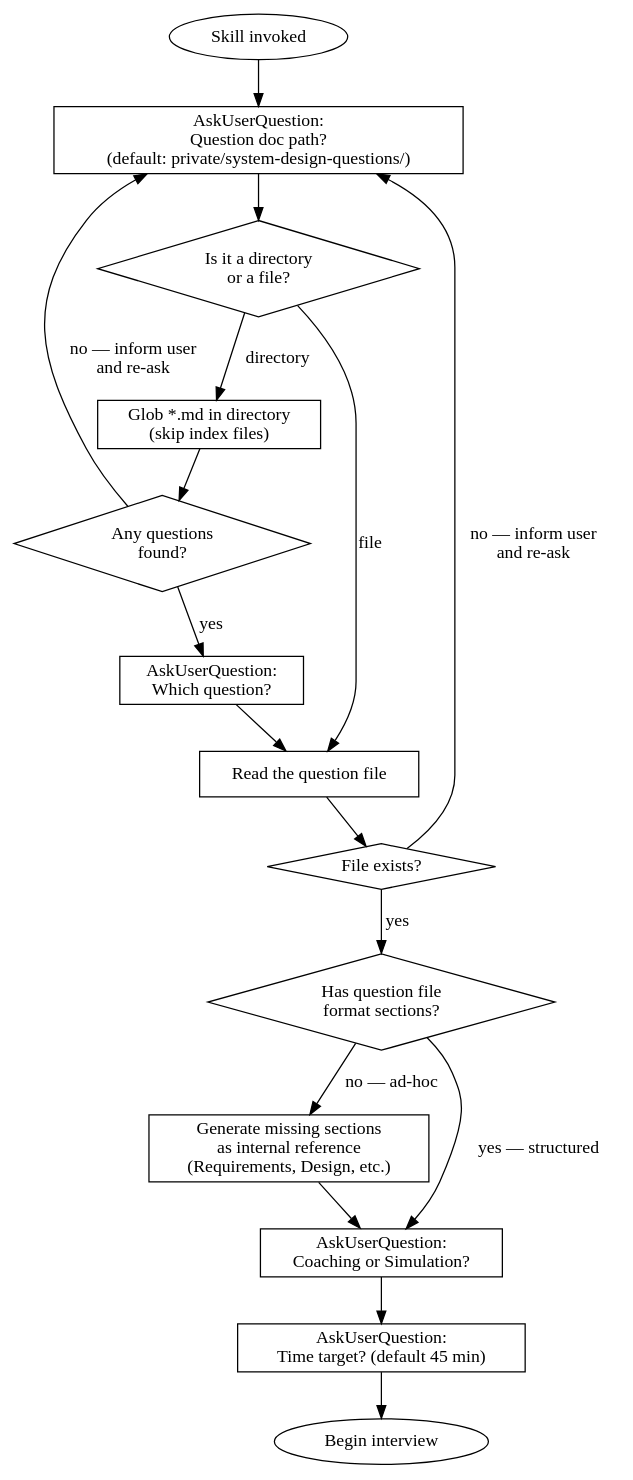
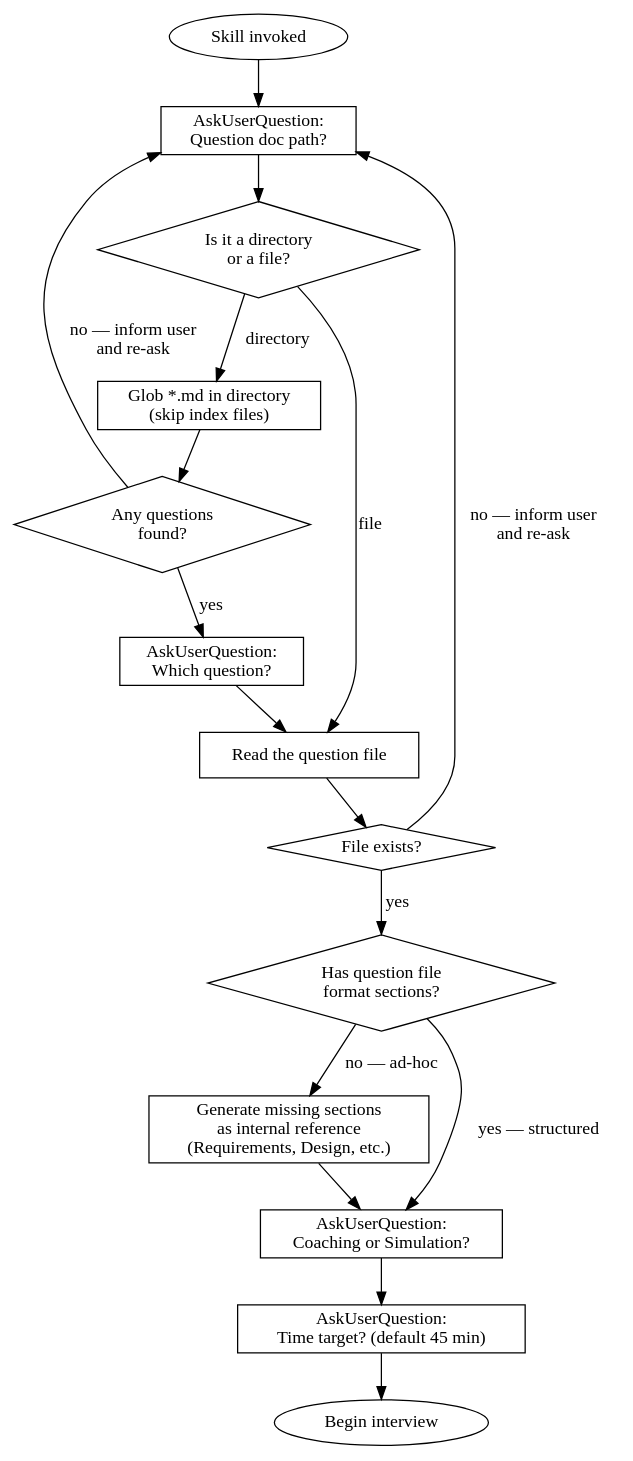
Before and after one commit to ziyunli/quartz: the first of 2 diagrams in .claude/skills/mock-system-design-interview/SKILL.md, drawn with Graphviz. The commit also changed other lines of this file, not shown here.

Commit message:
update mock-system-design-interview

````diff
--- a/.claude/skills/mock-system-design-interview/SKILL.md
+++ b/.claude/skills/mock-system-design-interview/SKILL.md
@@ -14,37 +14,37 @@
 ```dot
 digraph setup {
   rankdir=TB;
   node [shape=box];
 
   start [label="Skill invoked" shape=ellipse];
-  ask_path [label="AskUserQuestion:\nQuestion doc path?\n(default: private/system-design-questions/)" shape=box];
+  ask_path [label="AskUserQuestion:\nQuestion doc path?" shape=box];
   check_path [label="Is it a directory\nor a file?" shape=diamond];
   list_dir [label="Glob *.md in directory\n(skip index files)" shape=box];
   dir_empty [label="Any questions\nfound?" shape=diamond];
   ask_pick [label="AskUserQuestion:\nWhich question?" shape=box];
   load [label="Read the question file" shape=box];
   file_exists [label="File exists?" shape=diamond];
   check_format [label="Has question file\nformat sections?" shape=diamond];
   gen_structure [label="Generate missing sections\nas internal reference\n(Requirements, Design, etc.)" shape=box];
   ask_mode [label="AskUserQuestion:\nCoaching or Simulation?" shape=box];
   ask_time [label="AskUserQuestion:\nTime target? (default 45 min)" shape=box];
   begin [label="Begin interview" shape=ellipse];
 
   start -> ask_path;
   ask_path -> check_path;
   check_path -> list_dir [label="directory"];
   check_path -> load [label="file"];
   list_dir -> dir_empty;
   dir_empty -> ask_pick [label="yes"];
   dir_empty -> ask_path [label="no — inform user\nand re-ask"];
   ask_pick -> load;
   load -> file_exists;
   file_exists -> check_format [label="yes"];
   file_exists -> ask_path [label="no — inform user\nand re-ask"];
   check_format -> ask_mode [label="yes — structured"];
   check_format -> gen_structure [label="no — ad-hoc"];
   gen_structure -> ask_mode;
   ask_mode -> ask_time;
   ask_time -> begin;
 }
 ```
````
